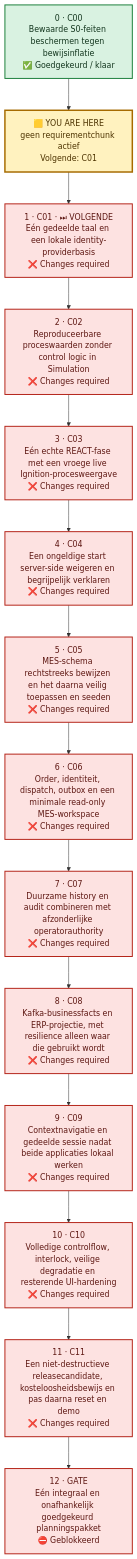
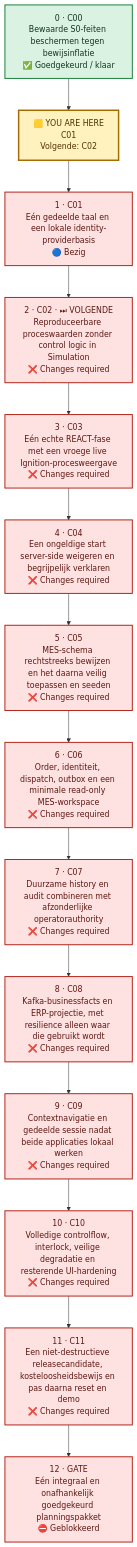
Before and after one commit to Jandesch91/n1-bioforge-requirements-cockpit: the second of 2 diagrams in README.md, drawn with Mermaid. The commit also changed other lines of this file and 4 other files, not shown here.

````diff
--- a/README.md
+++ b/README.md
@@ -50,29 +50,29 @@
 ```mermaid
 %%{init: {"flowchart": {"curve": "linear", "nodeSpacing": 55, "rankSpacing": 65, "htmlLabels": true}}}%%
 flowchart TB
     %% One vertical lane: order is explicit and no dependency arrows cross.
     chunk_0["0 · C00<br/>Bewaarde S0-feiten beschermen tegen bewijsinflatie<br/>✅ Goedgekeurd / klaar"]
-    chunk_1["1 · C01 · ⏭ VOLGENDE<br/>Eén gedeelde taal en een lokale identity-providerbasis<br/>❌ Changes required"]
-    chunk_2["2 · C02<br/>Reproduceerbare proceswaarden zonder control logic in Simulation<br/>❌ Changes required"]
+    chunk_1["1 · C01<br/>Eén gedeelde taal en een lokale identity-providerbasis<br/>🔵 Bezig"]
+    chunk_2["2 · C02 · ⏭ VOLGENDE<br/>Reproduceerbare proceswaarden zonder control logic in Simulation<br/>❌ Changes required"]
     chunk_3["3 · C03<br/>Eén echte REACT-fase met een vroege live Ignition-procesweergave<br/>❌ Changes required"]
     chunk_4["4 · C04<br/>Een ongeldige start server-side weigeren en begrijpelijk verklaren<br/>❌ Changes required"]
     chunk_5["5 · C05<br/>MES-schema rechtstreeks bewijzen en het daarna veilig toepassen en seeden<br/>❌ Changes required"]
     chunk_6["6 · C06<br/>Order, identiteit, dispatch, outbox en een minimale read-only MES-workspace<br/>❌ Changes required"]
     chunk_7["7 · C07<br/>Duurzame history en audit combineren met afzonderlijke operatorauthority<br/>❌ Changes required"]
     chunk_8["8 · C08<br/>Kafka-businessfacts en ERP-projectie, met resilience alleen waar die gebruikt wordt<br/>❌ Changes required"]
     chunk_9["9 · C09<br/>Contextnavigatie en gedeelde sessie nadat beide applicaties lokaal werken<br/>❌ Changes required"]
     chunk_10["10 · C10<br/>Volledige controlflow, interlock, veilige degradatie en resterende UI-hardening<br/>❌ Changes required"]
     chunk_11["11 · C11<br/>Een niet-destructieve releasecandidate, kosteloosheidsbewijs en pas daarna reset en demo<br/>❌ Changes required"]
     chunk_12["12 · GATE<br/>Eén integraal en onafhankelijk goedgekeurd planningspakket<br/>⛔ Geblokkeerd"]
-    current_marker["🟨 YOU ARE HERE<br/>geen requirementchunk actief<br/>Volgende: C01"]
+    current_marker["🟨 YOU ARE HERE<br/>C01<br/>Volgende: C02"]
     chunk_0 --> current_marker --> chunk_1
     chunk_1 --> chunk_2 --> chunk_3 --> chunk_4 --> chunk_5 --> chunk_6 --> chunk_7 --> chunk_8 --> chunk_9 --> chunk_10 --> chunk_11 --> chunk_12
     classDef approved fill:#D9F2E1,stroke:#1B7F3A,color:#12351D,stroke-width:2px
     classDef changes fill:#FDE2E1,stroke:#B42318,color:#5D1712,stroke-width:2px
     classDef blocked fill:#FDE2E1,stroke:#B42318,color:#5D1712,stroke-width:2px
     classDef current fill:#FFF2BF,stroke:#A66B00,color:#4D3300,stroke-width:3px
     class chunk_0 approved
     class chunk_1,chunk_2,chunk_3,chunk_4,chunk_5,chunk_6,chunk_7,chunk_8,chunk_9,chunk_10,chunk_11 changes
     class chunk_12 blocked
     class current_marker current
 ```
````
